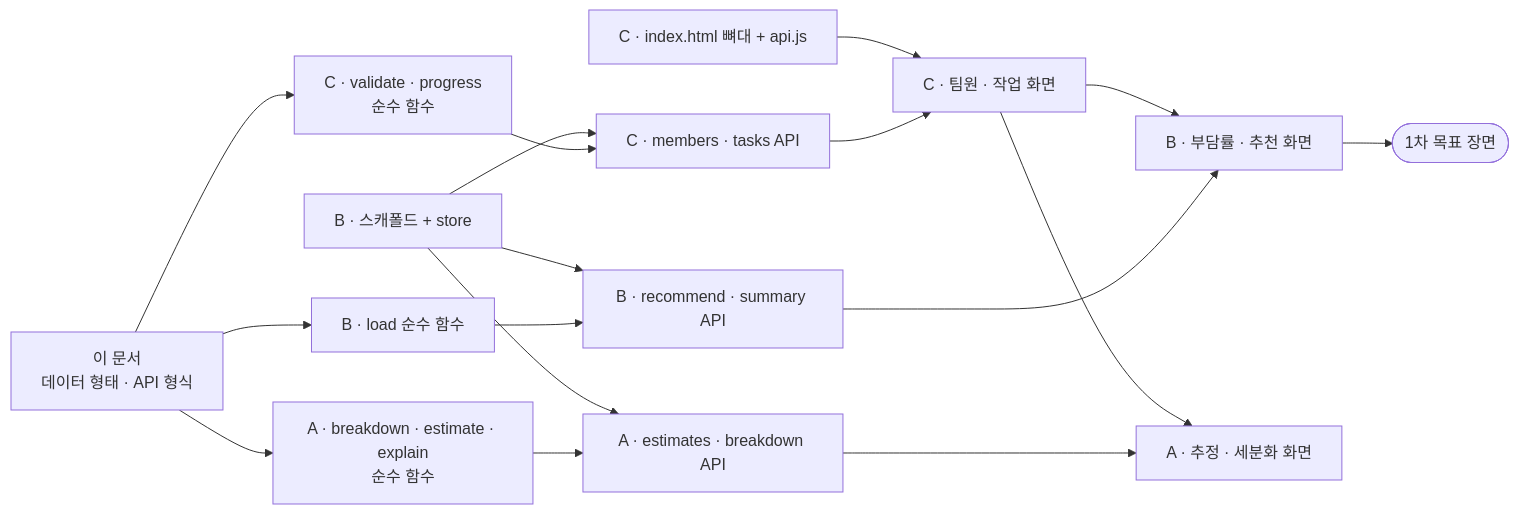
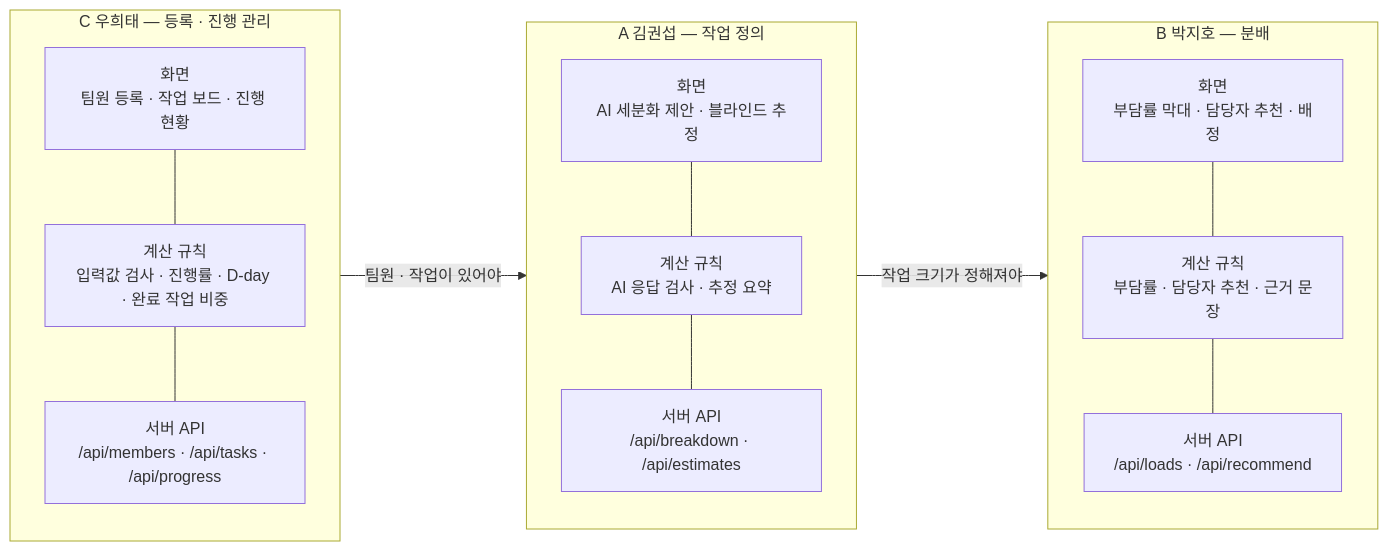
Before and after one commit to Heetaeeee/3oss: the first of 2 diagrams in team/README.md, drawn with Mermaid. The commit also changed other lines of this file and 4 other files, not shown here.

````diff
--- a/team/README.md
+++ b/team/README.md
@@ -31,26 +11,26 @@
 ```mermaid
 flowchart LR
-    DOC["이 문서<br/>데이터 형태 · API 형식"]
-    B0["B · 스캐폴드 + store"]
-    C0["C · index.html 뼈대 + api.js"]
-
-    DOC --> A1["A · breakdown · estimate · explain<br/>순수 함수"]
-    DOC --> B1["B · load 순수 함수"]
-    DOC --> C1["C · validate · progress<br/>순수 함수"]
-
-    B0 --> C2["C · members · tasks API"]
-    C1 --> C2
-    C0 --> C3["C · 팀원 · 작업 화면"]
-    C2 --> C3
-
-    B0 --> B2["B · recommend · summary API"]
-    B1 --> B2
-    C3 --> B3["B · 부담률 · 추천 화면"]
-    B2 --> B3
-    B3 --> GOAL(["1차 목표 장면"])
-
-    B0 --> A2["A · estimates · breakdown API"]
-    A1 --> A2
-    C3 --> A3["A · 추정 · 세분화 화면"]
-    A2 --> A3
+    subgraph C["C 우희태 — 등록 · 진행 관리"]
+        direction TB
+        C1["화면<br/>팀원 등록 · 작업 보드 · 진행 현황"]
+        C2["계산 규칙<br/>입력값 검사 · 진행률 · D-day · 완료 작업 비중"]
+        C3["서버 API<br/>/api/members · /api/tasks · /api/progress"]
+        C1 --- C2 --- C3
+    end
+    subgraph A["A 김권섭 — 작업 정의"]
+        direction TB
+        A1["화면<br/>AI 세분화 제안 · 블라인드 추정"]
+        A2["계산 규칙<br/>AI 응답 검사 · 추정 요약"]
+        A3["서버 API<br/>/api/breakdown · /api/estimates"]
+        A1 --- A2 --- A3
+    end
+    subgraph B["B 박지호 — 분배"]
+        direction TB
+        B1["화면<br/>부담률 막대 · 담당자 추천 · 배정"]
+        B2["계산 규칙<br/>부담률 · 담당자 추천 · 근거 문장"]
+        B3["서버 API<br/>/api/loads · /api/recommend"]
+        B1 --- B2 --- B3
+    end
+    C -- 팀원 · 작업이 있어야 --> A
+    A -- 작업 크기가 정해져야 --> B
 ```
````
